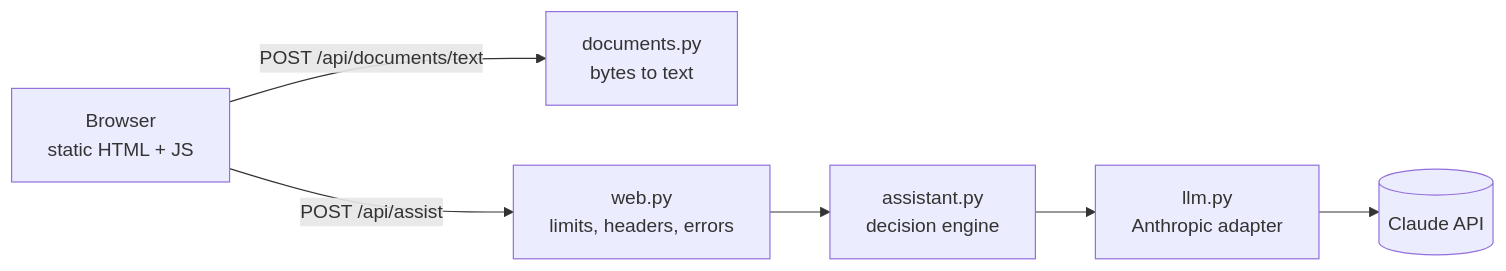
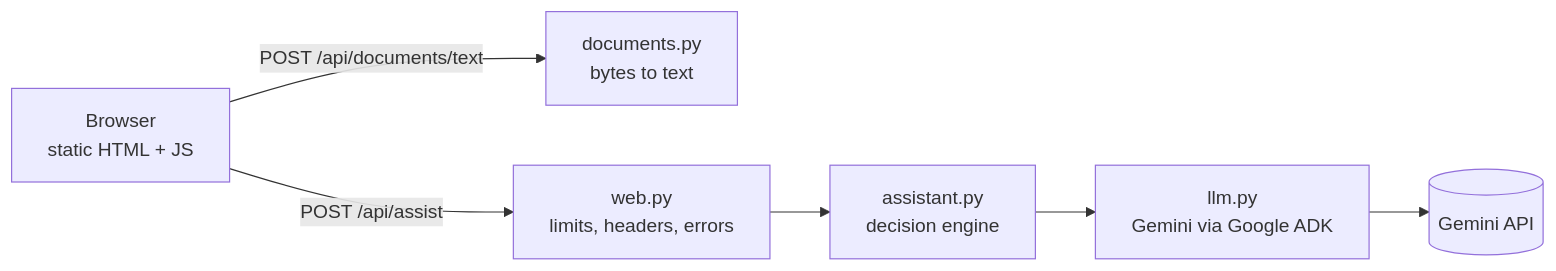
The diagram in README.md (shri-ram07/fineprint), drawn with Mermaid before and after one commit. The commit also changed other lines of this file and 11 other files, not shown here.

First line of the commit message:
Switch the model layer to Gemini through Google ADK

````diff
--- a/README.md
+++ b/README.md
@@ -50,8 +50,8 @@
 ```mermaid
 flowchart LR
     UI["Browser<br/>static HTML + JS"] -->|"POST /api/documents/text"| DOC["documents.py<br/>bytes to text"]
     UI -->|"POST /api/assist"| WEB["web.py<br/>limits, headers, errors"]
     WEB --> AST["assistant.py<br/>decision engine"]
-    AST --> LLM["llm.py<br/>Anthropic adapter"]
-    LLM --> API[("Claude API")]
+    AST --> LLM["llm.py<br/>Gemini via Google ADK"]
+    LLM --> API[("Gemini API")]
 ```
````
